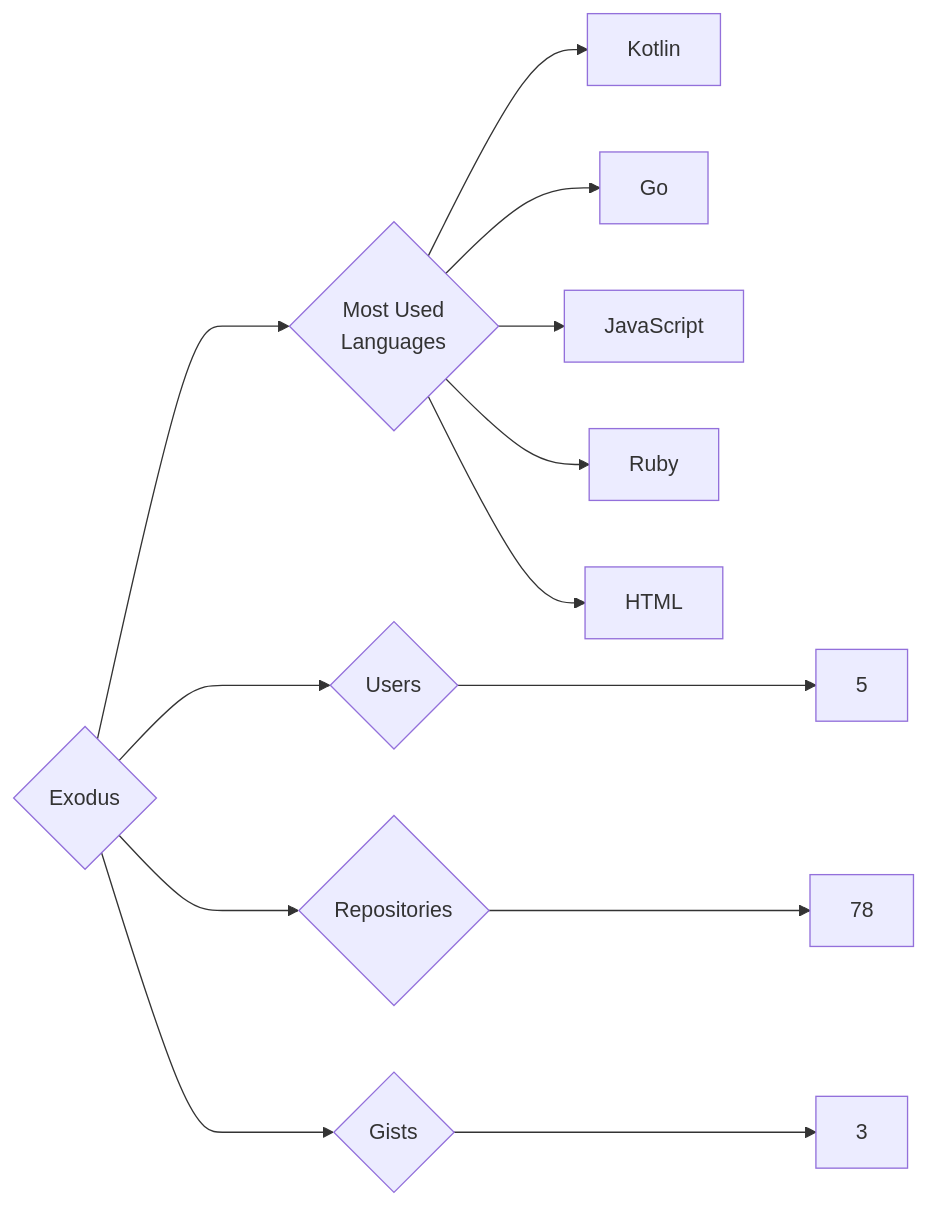
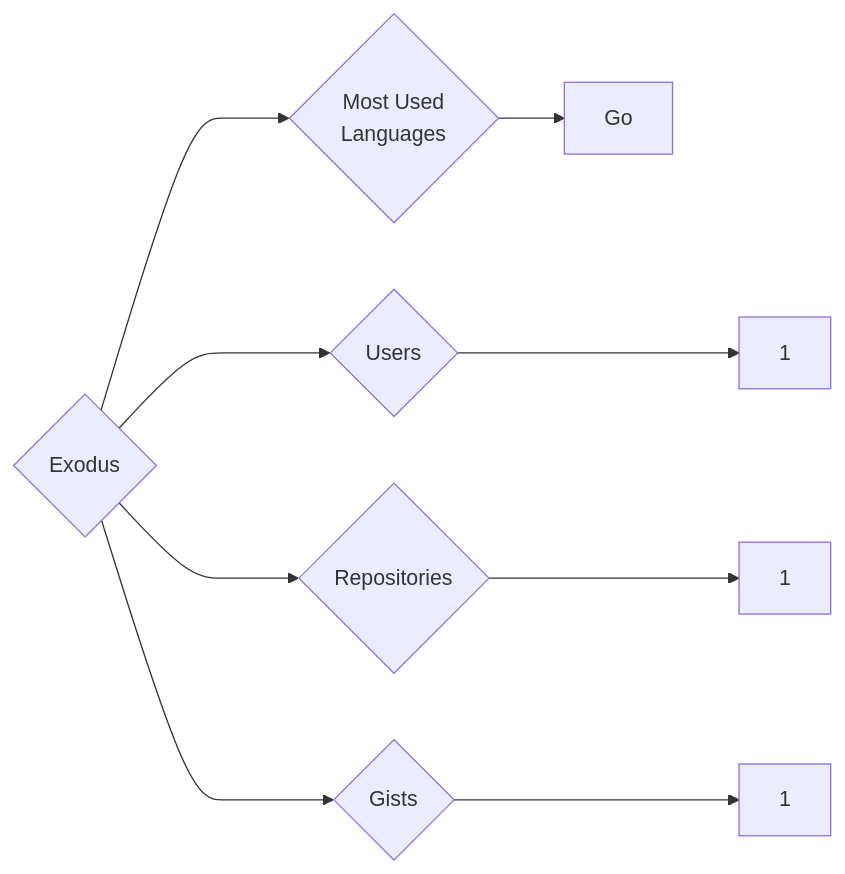
Before and after one commit to trickest/insiders: the diagram in targets/Exodus/README.md, drawn with Mermaid. The commit also changed 783 other files, not shown here.

````diff
--- a/targets/Exodus/README.md
+++ b/targets/Exodus/README.md
@@ -3,13 +3,9 @@
 ```mermaid
 graph LR
 COMPANY_NAME{Exodus}
-COMPANY_NAME ---> U{Users} ---> UN[5]
-COMPANY_NAME ---> R{Repositories} ---> RN[78]
-COMPANY_NAME ---> G{Gists} ---> GN[3]
+COMPANY_NAME ---> U{Users} ---> UN[1]
+COMPANY_NAME ---> R{Repositories} ---> RN[1]
+COMPANY_NAME ---> G{Gists} ---> GN[1]
 COMPANY_NAME ---> ML{Most Used<br>Languages}
-ML --> Kotlin[Kotlin]
 ML --> Go[Go]
-ML --> JavaScript[JavaScript]
-ML --> Ruby[Ruby]
-ML --> HTML[HTML]
 ```
````
